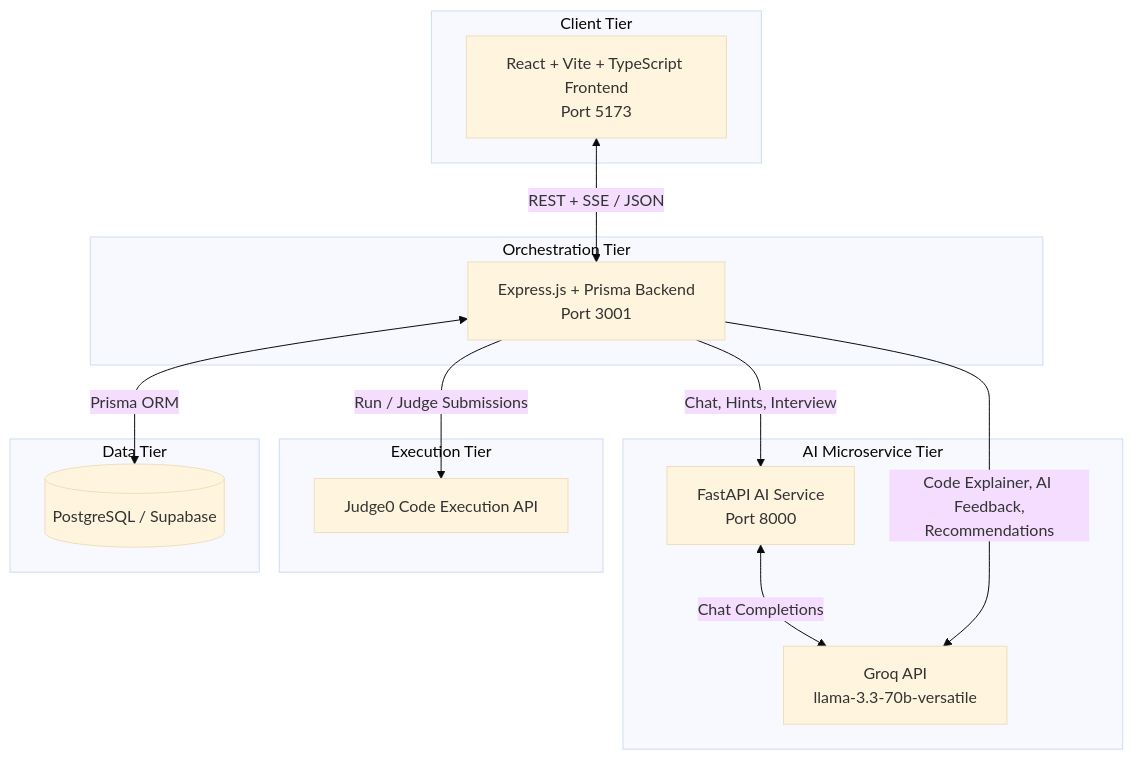
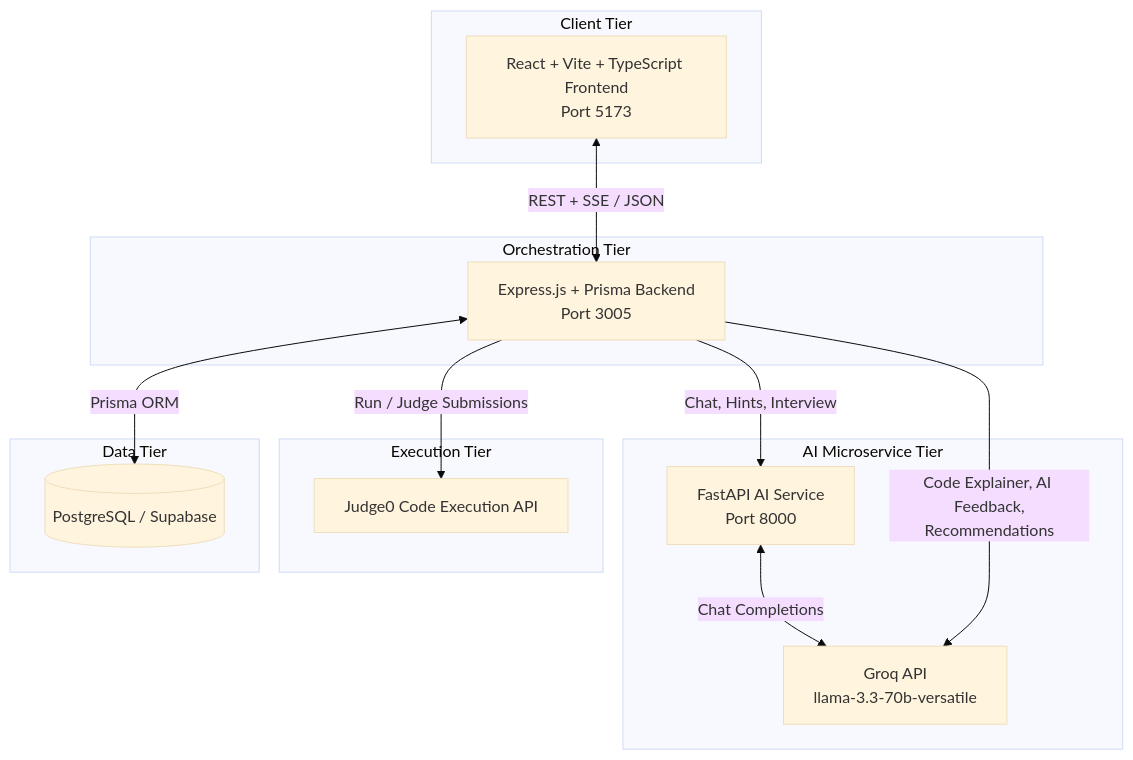
The diagram in README.md (Hriday-Aneja/AlgoAi), drawn with Mermaid (base theme) before and after one commit. The commit also changed other lines of this file, not shown here.

````diff
--- a/README.md
+++ b/README.md
@@ -47,30 +50,30 @@
 ```mermaid
 graph TD
     subgraph Client [Client Tier]
         FE[React + Vite + TypeScript Frontend<br/>Port 5173]
     end
 
     subgraph Gateway [Orchestration Tier]
-        BE[Express.js + Prisma Backend<br/>Port 3001]
+        BE[Express.js + Prisma Backend<br/>Port 3005]
     end
 
     subgraph AI [AI Microservice Tier]
         AS[FastAPI AI Service<br/>Port 8000]
         Groq[Groq API<br/>llama-3.3-70b-versatile]
     end
 
     subgraph Exec [Execution Tier]
         J0[Judge0 Code Execution API]
     end
 
     subgraph Data [Data Tier]
         DB[(PostgreSQL / Supabase)]
     end
 
     FE <-->|REST + SSE / JSON| BE
     BE <-->|Prisma ORM| DB
     BE -->|Chat, Hints, Interview| AS
     AS <-->|Chat Completions| Groq
     BE -->|Code Explainer, AI Feedback,<br/>Recommendations| Groq
     BE -->|Run / Judge Submissions| J0
 ```
````
